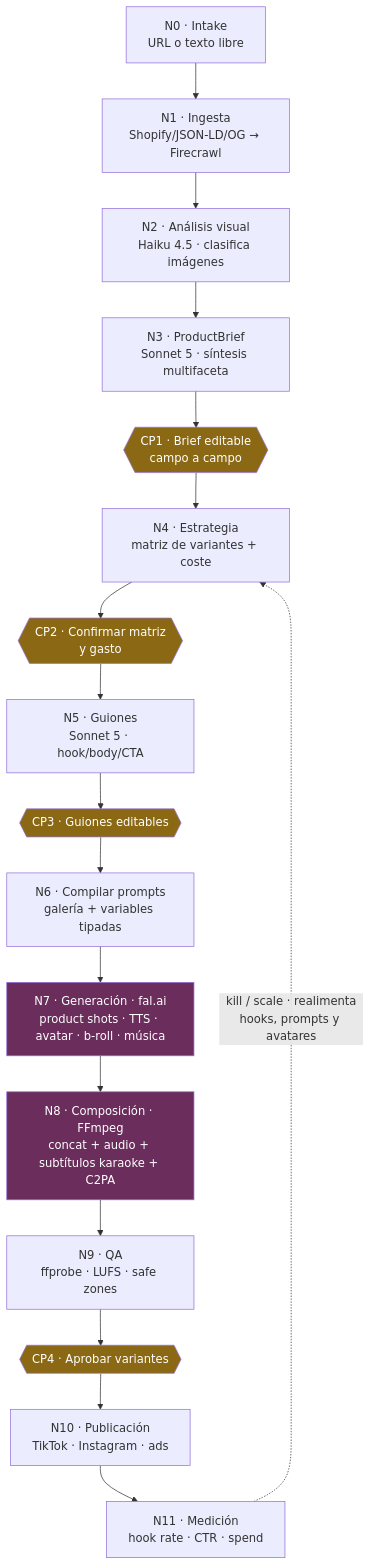
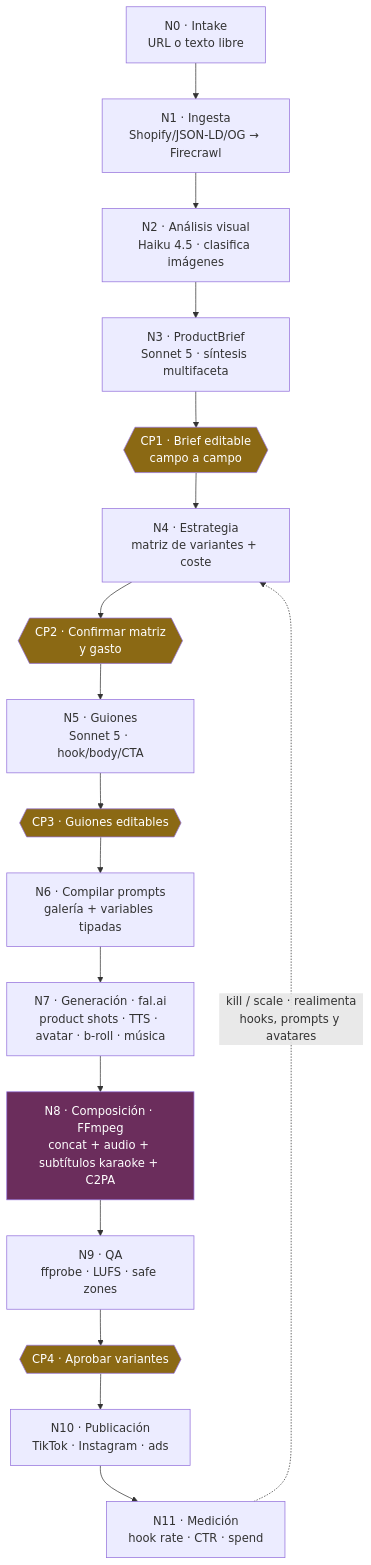
The third of 3 diagrams in README.md (carlosvillu/ugc-factory), drawn with Mermaid before and after one commit. The commit also changed other lines of this file and 34 other files, not shown here.

````diff
--- a/README.md
+++ b/README.md
@@ -129,26 +129,25 @@
 ```mermaid
 flowchart TD
     N0["N0 · Intake<br/>URL o texto libre"] --> N1["N1 · Ingesta<br/>Shopify/JSON-LD/OG → Firecrawl"]
     N1 --> N2["N2 · Análisis visual<br/>Haiku 4.5 · clasifica imágenes"]
     N2 --> N3["N3 · ProductBrief<br/>Sonnet 5 · síntesis multifaceta"]
     N3 --> CP1{{"CP1 · Brief editable<br/>campo a campo"}}
     CP1 --> N4["N4 · Estrategia<br/>matriz de variantes + coste"]
     N4 --> CP2{{"CP2 · Confirmar matriz<br/>y gasto"}}
     CP2 --> N5["N5 · Guiones<br/>Sonnet 5 · hook/body/CTA"]
     N5 --> CP3{{"CP3 · Guiones editables"}}
     CP3 --> N6["N6 · Compilar prompts<br/>galería + variables tipadas"]
     N6 --> N7["N7 · Generación · fal.ai<br/>product shots · TTS · avatar · b-roll · música"]
     N7 --> N8["N8 · Composición · FFmpeg<br/>concat + audio + subtítulos karaoke + C2PA"]
     N8 --> N9["N9 · QA<br/>ffprobe · LUFS · safe zones"]
     N9 --> CP4{{"CP4 · Aprobar variantes"}}
     CP4 --> N10["N10 · Publicación<br/>TikTok · Instagram · ads"]
     N10 --> N11["N11 · Medición<br/>hook rate · CTR · spend"]
     N11 -.->|"kill / scale · realimenta<br/>hooks, prompts y avatares"| N4
 
     style CP1 fill:#8b6914,color:#fff
     style CP2 fill:#8b6914,color:#fff
     style CP3 fill:#8b6914,color:#fff
     style CP4 fill:#8b6914,color:#fff
-    style N7 fill:#6b2d5c,color:#fff
     style N8 fill:#6b2d5c,color:#fff
 ```
````
